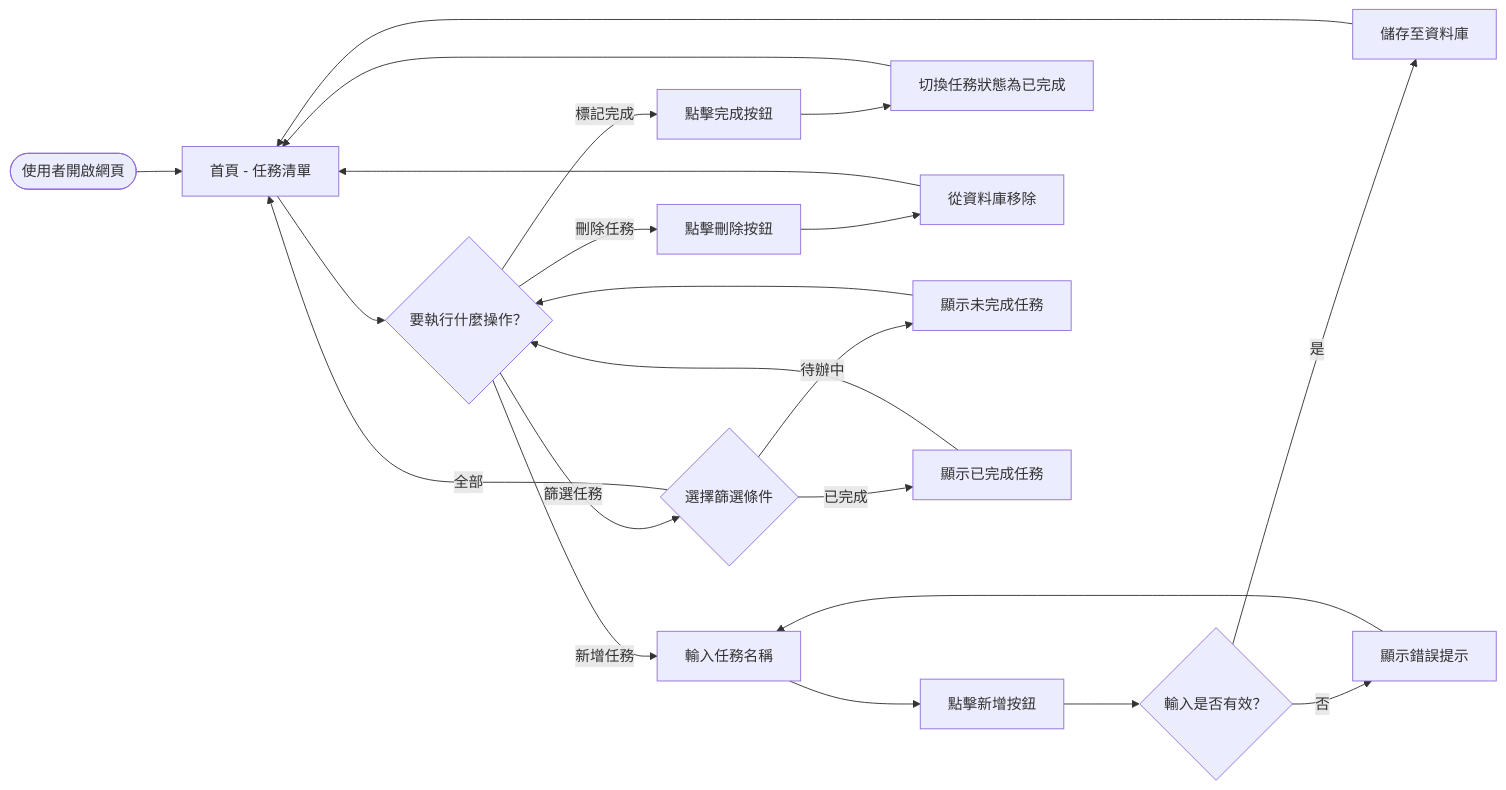
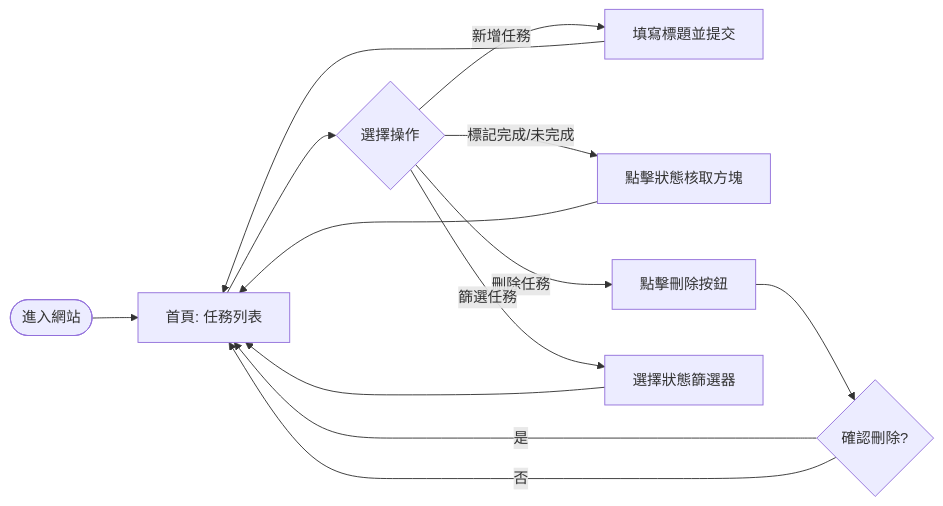
The first of 3 diagrams in docs/FLOWCHART.md (D1445387/web_app_development), drawn with Mermaid before and after one commit. The commit also changed other lines of this file, not shown here.

Commit message:
docs: add user flowchart

````diff
--- a/docs/FLOWCHART.md
+++ b/docs/FLOWCHART.md
@@ -14,29 +11,20 @@
 ```mermaid
 flowchart LR
-  A([使用者開啟網頁]) --> B[首頁 - 任務清單]
-
-  B --> C{要執行什麼操作？}
-
-  C -->|新增任務| D[輸入任務名稱]
-  D --> E[點擊新增按鈕]
-  E --> F{輸入是否有效？}
-  F -->|是| G[儲存至資料庫]
-  G --> B
-  F -->|否| H[顯示錯誤提示]
-  H --> D
-
-  C -->|標記完成| I[點擊完成按鈕]
-  I --> J[切換任務狀態為已完成]
-  J --> B
-
-  C -->|刪除任務| K[點擊刪除按鈕]
-  K --> L[從資料庫移除]
-  L --> B
-
-  C -->|篩選任務| M{選擇篩選條件}
-  M -->|全部| B
-  M -->|待辦中| N[顯示未完成任務]
-  M -->|已完成| O[顯示已完成任務]
-  N --> C
-  O --> C
+    Start([進入網站]) --> List[首頁: 任務列表]
+    
+    List --> Action{選擇操作}
+    
+    Action -->|新增任務| Add[填寫標題並提交]
+    Add --> List
+    
+    Action -->|標記完成/未完成| Toggle[點擊狀態核取方塊]
+    Toggle --> List
+    
+    Action -->|刪除任務| Delete[點擊刪除按鈕]
+    Delete --> Confirm{確認刪除?}
+    Confirm -->|是| List
+    Confirm -->|否| List
+    
+    Action -->|篩選任務| Filter[選擇狀態篩選器]
+    Filter --> List
 ```
````
